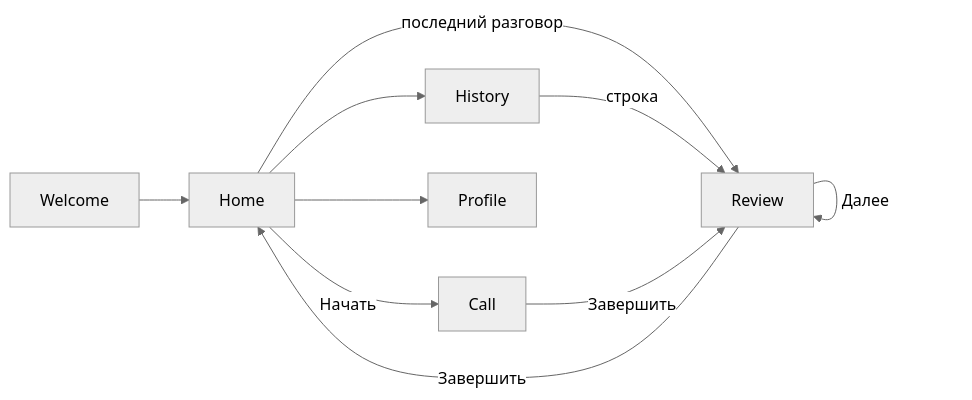
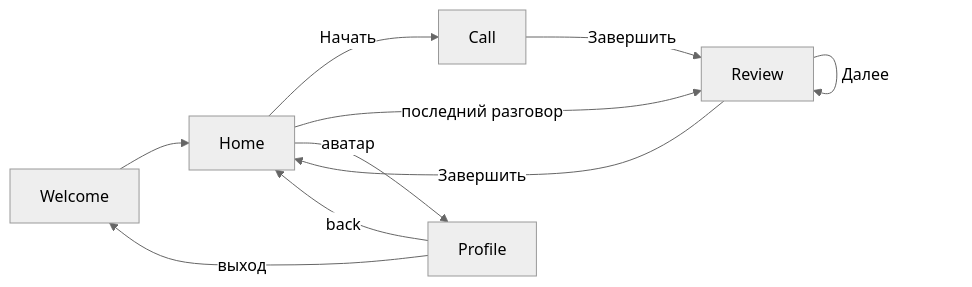
The diagram in ai_docs/design/2026-09-17-mobile-ui.md (greenblat17/1billion-dollar-startup), drawn with Mermaid (neutral theme) before and after one commit. The commit also changed other lines of this file and 34 other files, not shown here.

First line of the commit message:
Align the CMP mock UI with the Releva screens: no tabs or History, Inter, and a grammar/vocabulary-only review.

````diff
--- a/ai_docs/design/2026-09-17-mobile-ui.md
+++ b/ai_docs/design/2026-09-17-mobile-ui.md
@@ -19,12 +20,12 @@
 ```mermaid
 flowchart LR
   Welcome --> Home
   Home -->|"Начать"| Call
   Home -->|"последний разговор"| Review
-  Home --> History
-  Home --> Profile
-  History -->|"строка"| Review
+  Home -->|"аватар"| Profile
+  Profile -->|"back"| Home
+  Profile -->|"выход"| Welcome
   Call -->|"Завершить"| Review
   Review -->|"Далее"| Review
   Review -->|"Завершить"| Home
 ```
````
